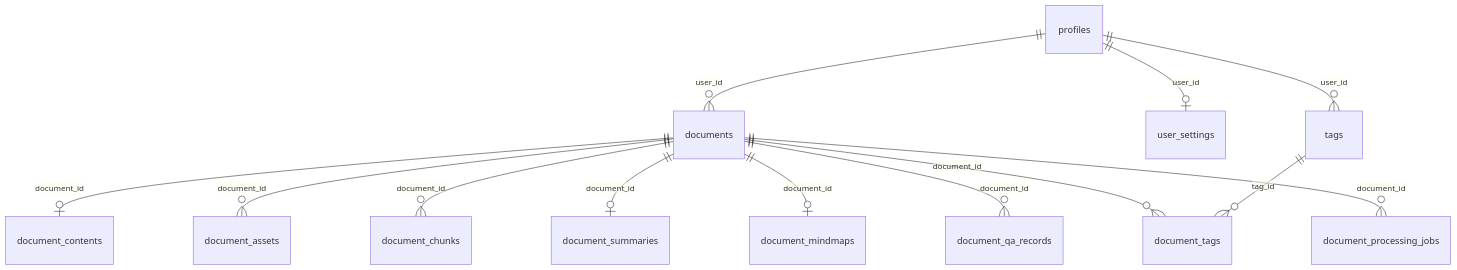
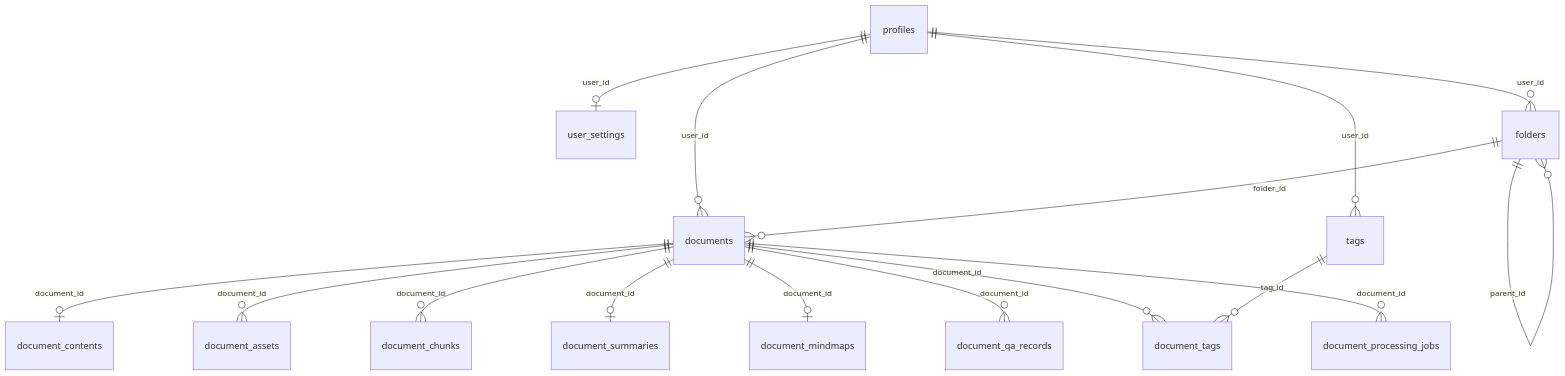
Before and after one commit to Jett191/noter: the third of 9 diagrams in .kiro/specs/noter-document-management/design.md, drawn with Mermaid. The commit also changed other lines of this file and 7 other files, not shown here.

````diff
--- a/.kiro/specs/noter-document-management/design.md
+++ b/.kiro/specs/noter-document-management/design.md
@@ -457,15 +501,18 @@
 ```mermaid
 erDiagram
     profiles ||--o{ documents : "user_id"
     profiles ||--o| user_settings : "user_id"
     profiles ||--o{ tags : "user_id"
+    profiles ||--o{ folders : "user_id"
+    folders ||--o{ documents : "folder_id"
+    folders ||--o{ folders : "parent_id"
     documents ||--o| document_contents : "document_id"
     documents ||--o{ document_assets : "document_id"
     documents ||--o{ document_chunks : "document_id"
     documents ||--o| document_summaries : "document_id"
     documents ||--o| document_mindmaps : "document_id"
     documents ||--o{ document_qa_records : "document_id"
     documents ||--o{ document_tags : "document_id"
     documents ||--o{ document_processing_jobs : "document_id"
     tags ||--o{ document_tags : "tag_id"
 ```
````
